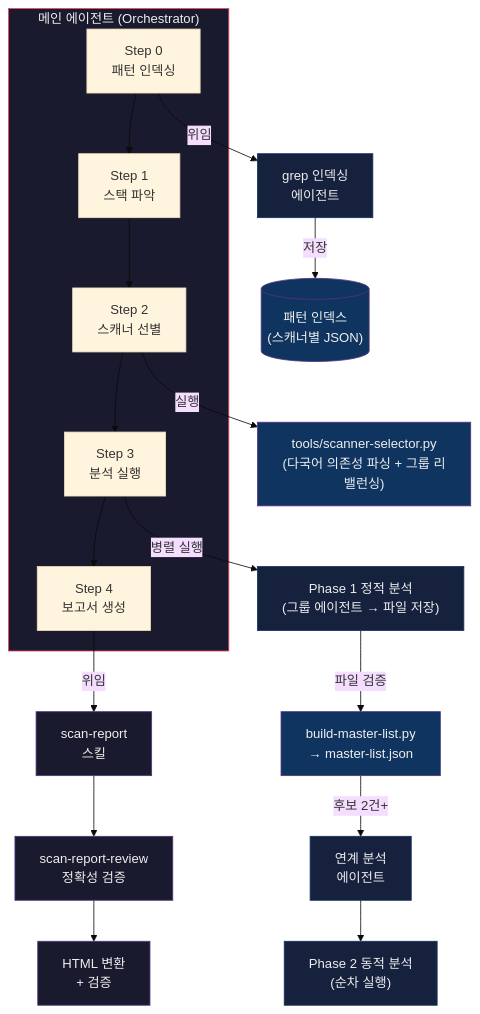
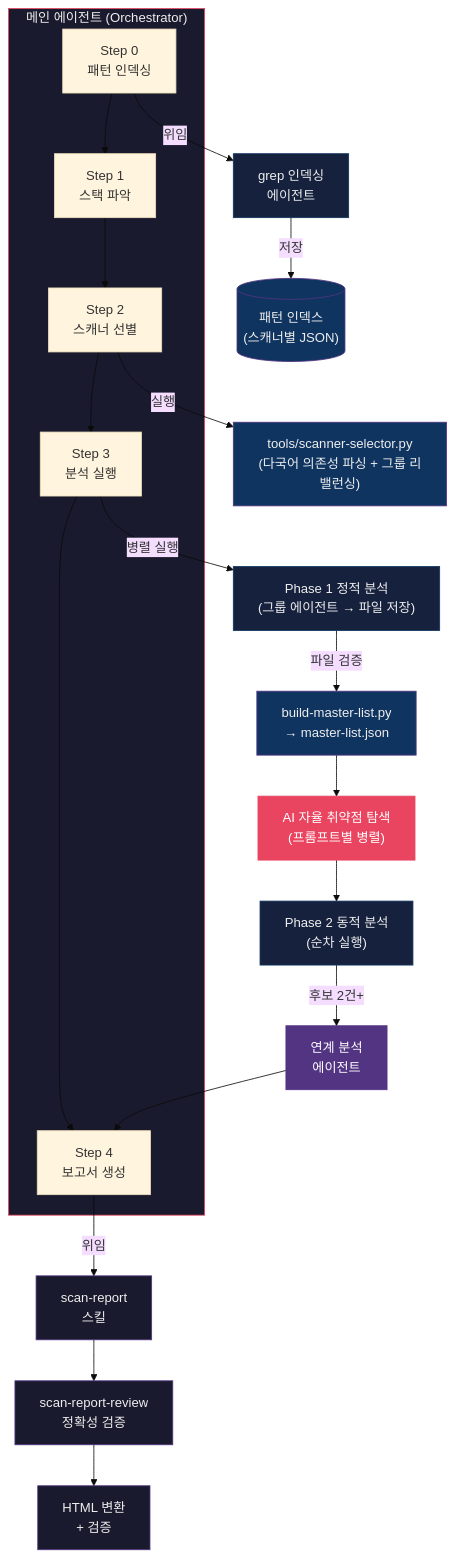
One commit to nomarlhack/noah-sast changed the first of 5 diagrams in README.md. Above: the diagram before and after it, drawn with Mermaid (base theme). The commit also changed other lines of this file and 3 other files, not shown here.

````diff
--- a/README.md
+++ b/README.md
@@ -54,37 +54,40 @@
 ```mermaid
 flowchart TB
     subgraph Orchestrator["메인 에이전트 (Orchestrator)"]
         S0["Step 0\n패턴 인덱싱"]
         S1["Step 1\n스택 파악"]
         S2["Step 2\n스캐너 선별"]
         S3["Step 3\n분석 실행"]
         S4["Step 4\n보고서 생성"]
         S0 --> S1 --> S2 --> S3 --> S4
     end
 
     S0 -->|위임| GrepAgent["grep 인덱싱\n에이전트"]
     GrepAgent -->|저장| IndexDir[("패턴 인덱스\n(스캐너별 JSON)")]
 
     S2 -->|실행| Selector["tools/scanner-selector.py\n(다국어 의존성 파싱 + 그룹 리밸런싱)"]
 
     S3 -->|병렬 실행| P1["Phase 1 정적 분석\n(그룹 에이전트 → 파일 저장)"]
     P1 -->|파일 검증| BML["build-master-list.py\n→ master-list.json"]
-    BML -->|후보 2건+| Chain["연계 분석\n에이전트"]
-    Chain --> P2["Phase 2 동적 분석\n(순차 실행)"]
+    BML --> AI["AI 자율 취약점 탐색\n(프롬프트별 병렬)"]
+    AI --> P2["Phase 2 동적 분석\n(순차 실행)"]
+    P2 -->|후보 2건+| Chain["연계 분석\n에이전트"]
+    Chain --> S4
 
     S4 -->|위임| Report["scan-report\n스킬"]
     Report --> Review["scan-report-review\n정확성 검증"]
     Review --> HTML["HTML 변환\n+ 검증"]
 
     style Orchestrator fill:#1a1a2e,stroke:#e94560,color:#eee
     style GrepAgent fill:#16213e,stroke:#0f3460,color:#eee
     style IndexDir fill:#0f3460,stroke:#533483,color:#eee
     style P1 fill:#16213e,stroke:#0f3460,color:#eee
     style BML fill:#0f3460,stroke:#533483,color:#eee
-    style Chain fill:#16213e,stroke:#0f3460,color:#eee
+    style AI fill:#e94560,stroke:#e94560,color:#fff
+    style Chain fill:#533483,stroke:#533483,color:#fff
     style P2 fill:#16213e,stroke:#0f3460,color:#eee
     style Report fill:#1a1a2e,stroke:#533483,color:#eee
     style Review fill:#1a1a2e,stroke:#533483,color:#eee
     style HTML fill:#1a1a2e,stroke:#533483,color:#eee
     style Selector fill:#0f3460,stroke:#533483,color:#eee
 ```
````
